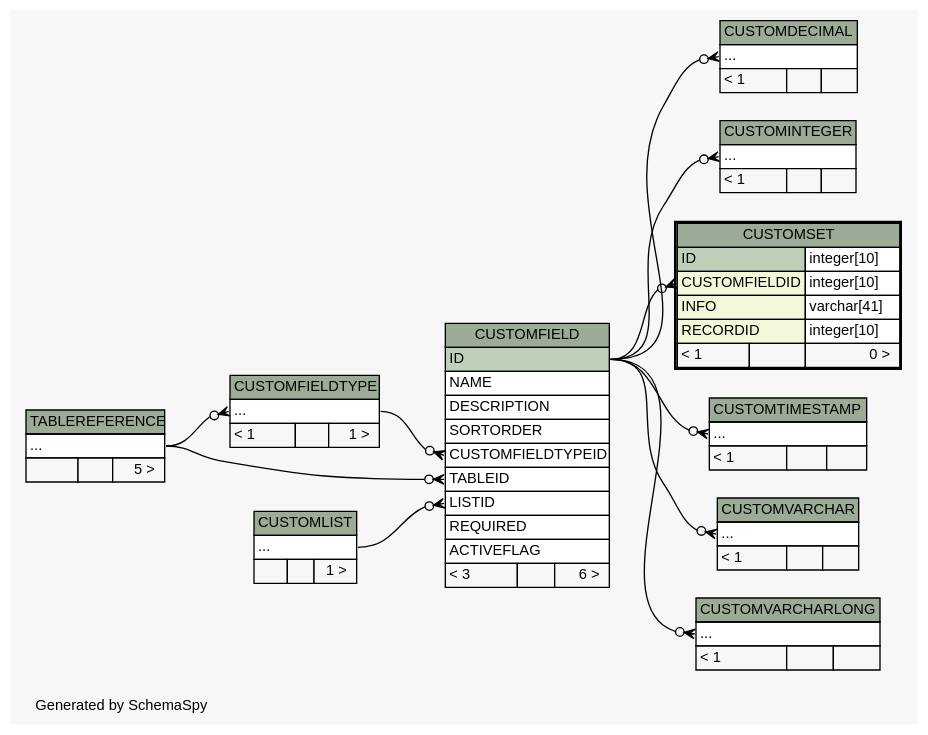
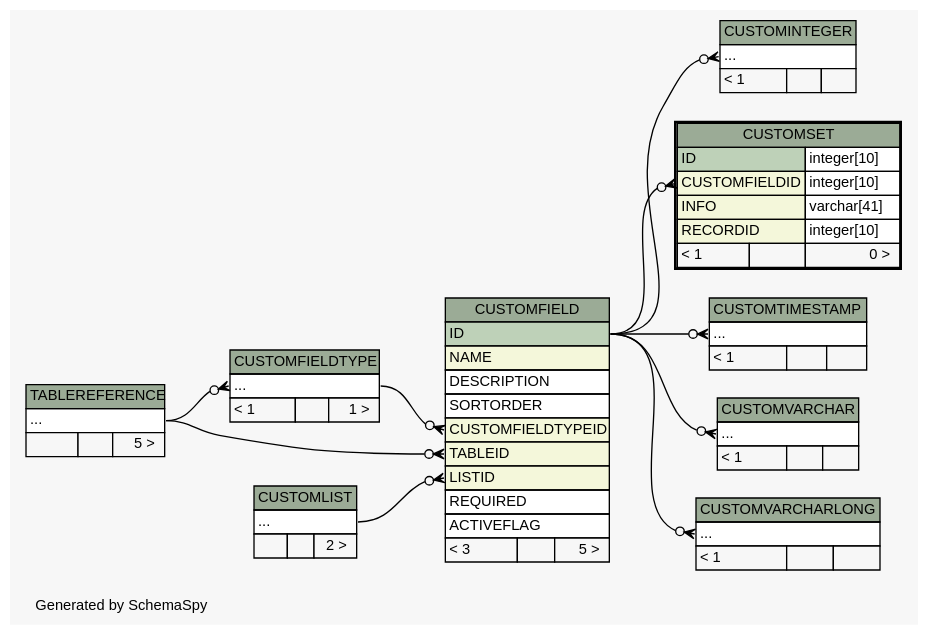
Before and after one commit to ilopez/FishbowlDataDictionary: the diagram in dictionary/Fishbowl2013.5/diagrams/CUSTOMSET.2degrees.dot, drawn with Graphviz. The commit also changed 958 other files, not shown here.

Commit message:
Fixed the folder structure and updated db with SQL updates, and re ran schemaspy

```diff
--- a/dictionary/Fishbowl2013.5/diagrams/CUSTOMSET.2degrees.dot
+++ b/dictionary/Fishbowl2013.5/diagrams/CUSTOMSET.2degrees.dot
@@ -1,143 +1,132 @@
 // dot 2.26.3 on Linux 3.5.0-34-generic
 // SchemaSpy rev 590
 digraph "twoDegreesRelationshipsDiagram" {
   graph [
     rankdir="RL"
     bgcolor="#f7f7f7"
     label="\nGenerated by SchemaSpy"
     labeljust="l"
     nodesep="0.18"
     ranksep="0.46"
     fontname="Helvetica"
     fontsize="11"
   ];
   node [
     fontname="Helvetica"
     fontsize="11"
     shape="plaintext"
   ];
   edge [
     arrowsize="0.8"
   ];
-  "CUSTOMDECIMAL":"elipses":w -> "CUSTOMFIELD":"ID":e [arrowhead=none dir=back arrowtail=crowodot];
   "CUSTOMFIELD":"CUSTOMFIELDTYPEID":w -> "CUSTOMFIELDTYPE":"elipses":e [arrowhead=none dir=back arrowtail=crowodot];
   "CUSTOMFIELD":"LISTID":w -> "CUSTOMLIST":"elipses":e [arrowhead=none dir=back arrowtail=crowodot];
   "CUSTOMFIELD":"TABLEID":w -> "TABLEREFERENCE":"elipses":e [arrowhead=none dir=back arrowtail=crowodot];
   "CUSTOMFIELDTYPE":"elipses":w -> "TABLEREFERENCE":"elipses":e [arrowhead=none dir=back arrowtail=crowodot];
   "CUSTOMINTEGER":"elipses":w -> "CUSTOMFIELD":"ID":e [arrowhead=none dir=back arrowtail=crowodot];
   "CUSTOMSET":"CUSTOMFIELDID":w -> "CUSTOMFIELD":"ID":e [arrowhead=none dir=back arrowtail=crowodot];
   "CUSTOMTIMESTAMP":"elipses":w -> "CUSTOMFIELD":"ID":e [arrowhead=none dir=back arrowtail=crowodot];
   "CUSTOMVARCHAR":"elipses":w -> "CUSTOMFIELD":"ID":e [arrowhead=none dir=back arrowtail=crowodot];
   "CUSTOMVARCHARLONG":"elipses":w -> "CUSTOMFIELD":"ID":e [arrowhead=none dir=back arrowtail=crowodot];
-  "CUSTOMDECIMAL" [
-    label=<
-    <TABLE BORDER="0" CELLBORDER="1" CELLSPACING="0" BGCOLOR="#ffffff">
-      <TR><TD COLSPAN="3" BGCOLOR="#9bab96" ALIGN="CENTER">CUSTOMDECIMAL</TD></TR>
-      <TR><TD PORT="elipses" COLSPAN="3" ALIGN="LEFT">...</TD></TR>
-      <TR><TD ALIGN="LEFT" BGCOLOR="#f7f7f7">&lt; 1</TD><TD ALIGN="RIGHT" BGCOLOR="#f7f7f7">  </TD><TD ALIGN="RIGHT" BGCOLOR="#f7f7f7">  </TD></TR>
-    </TABLE>>
-    URL="CUSTOMDECIMAL.html"
-    tooltip="CUSTOMDECIMAL"
-  ];
   "CUSTOMFIELD" [
     label=<
     <TABLE BORDER="0" CELLBORDER="1" CELLSPACING="0" BGCOLOR="#ffffff">
       <TR><TD COLSPAN="3" BGCOLOR="#9bab96" ALIGN="CENTER">CUSTOMFIELD</TD></TR>
       <TR><TD PORT="ID" COLSPAN="3" BGCOLOR="#bed1b8" ALIGN="LEFT">ID</TD></TR>
-      <TR><TD PORT="NAME" COLSPAN="3" ALIGN="LEFT">NAME</TD></TR>
+      <TR><TD PORT="NAME" COLSPAN="3" BGCOLOR="#f4f7da" ALIGN="LEFT">NAME</TD></TR>
       <TR><TD PORT="DESCRIPTION" COLSPAN="3" ALIGN="LEFT">DESCRIPTION</TD></TR>
       <TR><TD PORT="SORTORDER" COLSPAN="3" ALIGN="LEFT">SORTORDER</TD></TR>
-      <TR><TD PORT="CUSTOMFIELDTYPEID" COLSPAN="3" ALIGN="LEFT">CUSTOMFIELDTYPEID</TD></TR>
-      <TR><TD PORT="TABLEID" COLSPAN="3" ALIGN="LEFT">TABLEID</TD></TR>
-      <TR><TD PORT="LISTID" COLSPAN="3" ALIGN="LEFT">LISTID</TD></TR>
+      <TR><TD PORT="CUSTOMFIELDTYPEID" COLSPAN="3" BGCOLOR="#f4f7da" ALIGN="LEFT">CUSTOMFIELDTYPEID</TD></TR>
+      <TR><TD PORT="TABLEID" COLSPAN="3" BGCOLOR="#f4f7da" ALIGN="LEFT">TABLEID</TD></TR>
+      <TR><TD PORT="LISTID" COLSPAN="3" BGCOLOR="#f4f7da" ALIGN="LEFT">LISTID</TD></TR>
       <TR><TD PORT="REQUIRED" COLSPAN="3" ALIGN="LEFT">REQUIRED</TD></TR>
       <TR><TD PORT="ACTIVEFLAG" COLSPAN="3" ALIGN="LEFT">ACTIVEFLAG</TD></TR>
-      <TR><TD ALIGN="LEFT" BGCOLOR="#f7f7f7">&lt; 3</TD><TD ALIGN="RIGHT" BGCOLOR="#f7f7f7">  </TD><TD ALIGN="RIGHT" BGCOLOR="#f7f7f7">6 &gt;</TD></TR>
+      <TR><TD ALIGN="LEFT" BGCOLOR="#f7f7f7">&lt; 3</TD><TD ALIGN="RIGHT" BGCOLOR="#f7f7f7">  </TD><TD ALIGN="RIGHT" BGCOLOR="#f7f7f7">5 &gt;</TD></TR>
     </TABLE>>
     URL="CUSTOMFIELD.html"
     tooltip="CUSTOMFIELD"
   ];
   "CUSTOMFIELDTYPE" [
     label=<
     <TABLE BORDER="0" CELLBORDER="1" CELLSPACING="0" BGCOLOR="#ffffff">
       <TR><TD COLSPAN="3" BGCOLOR="#9bab96" ALIGN="CENTER">CUSTOMFIELDTYPE</TD></TR>
       <TR><TD PORT="elipses" COLSPAN="3" ALIGN="LEFT">...</TD></TR>
       <TR><TD ALIGN="LEFT" BGCOLOR="#f7f7f7">&lt; 1</TD><TD ALIGN="RIGHT" BGCOLOR="#f7f7f7">  </TD><TD ALIGN="RIGHT" BGCOLOR="#f7f7f7">1 &gt;</TD></TR>
     </TABLE>>
     URL="CUSTOMFIELDTYPE.html"
     tooltip="CUSTOMFIELDTYPE"
   ];
   "CUSTOMINTEGER" [
     label=<
     <TABLE BORDER="0" CELLBORDER="1" CELLSPACING="0" BGCOLOR="#ffffff">
       <TR><TD COLSPAN="3" BGCOLOR="#9bab96" ALIGN="CENTER">CUSTOMINTEGER</TD></TR>
       <TR><TD PORT="elipses" COLSPAN="3" ALIGN="LEFT">...</TD></TR>
       <TR><TD ALIGN="LEFT" BGCOLOR="#f7f7f7">&lt; 1</TD><TD ALIGN="RIGHT" BGCOLOR="#f7f7f7">  </TD><TD ALIGN="RIGHT" BGCOLOR="#f7f7f7">  </TD></TR>
     </TABLE>>
     URL="CUSTOMINTEGER.html"
     tooltip="CUSTOMINTEGER"
   ];
   "CUSTOMLIST" [
     label=<
     <TABLE BORDER="0" CELLBORDER="1" CELLSPACING="0" BGCOLOR="#ffffff">
       <TR><TD COLSPAN="3" BGCOLOR="#9bab96" ALIGN="CENTER">CUSTOMLIST</TD></TR>
       <TR><TD PORT="elipses" COLSPAN="3" ALIGN="LEFT">...</TD></TR>
-      <TR><TD ALIGN="LEFT" BGCOLOR="#f7f7f7">  </TD><TD ALIGN="RIGHT" BGCOLOR="#f7f7f7">  </TD><TD ALIGN="RIGHT" BGCOLOR="#f7f7f7">1 &gt;</TD></TR>
+      <TR><TD ALIGN="LEFT" BGCOLOR="#f7f7f7">  </TD><TD ALIGN="RIGHT" BGCOLOR="#f7f7f7">  </TD><TD ALIGN="RIGHT" BGCOLOR="#f7f7f7">2 &gt;</TD></TR>
     </TABLE>>
     URL="CUSTOMLIST.html"
     tooltip="CUSTOMLIST"
   ];
   "CUSTOMSET" [
     label=<
     <TABLE BORDER="2" CELLBORDER="1" CELLSPACING="0" BGCOLOR="#ffffff">
       <TR><TD COLSPAN="3" BGCOLOR="#9bab96" ALIGN="CENTER">CUSTOMSET</TD></TR>
       <TR><TD PORT="ID" COLSPAN="2" BGCOLOR="#bed1b8" ALIGN="LEFT">ID</TD><TD PORT="ID.type" ALIGN="LEFT">integer[10]</TD></TR>
       <TR><TD PORT="CUSTOMFIELDID" COLSPAN="2" BGCOLOR="#f4f7da" ALIGN="LEFT">CUSTOMFIELDID</TD><TD PORT="CUSTOMFIELDID.type" ALIGN="LEFT">integer[10]</TD></TR>
       <TR><TD PORT="INFO" COLSPAN="2" BGCOLOR="#f4f7da" ALIGN="LEFT">INFO</TD><TD PORT="INFO.type" ALIGN="LEFT">varchar[41]</TD></TR>
       <TR><TD PORT="RECORDID" COLSPAN="2" BGCOLOR="#f4f7da" ALIGN="LEFT">RECORDID</TD><TD PORT="RECORDID.type" ALIGN="LEFT">integer[10]</TD></TR>
       <TR><TD ALIGN="LEFT" BGCOLOR="#f7f7f7">&lt; 1</TD><TD ALIGN="RIGHT" BGCOLOR="#f7f7f7">  </TD><TD ALIGN="RIGHT" BGCOLOR="#f7f7f7">0 &gt;</TD></TR>
     </TABLE>>
     URL="CUSTOMSET.html"
     tooltip="CUSTOMSET"
   ];
   "CUSTOMTIMESTAMP" [
     label=<
     <TABLE BORDER="0" CELLBORDER="1" CELLSPACING="0" BGCOLOR="#ffffff">
       <TR><TD COLSPAN="3" BGCOLOR="#9bab96" ALIGN="CENTER">CUSTOMTIMESTAMP</TD></TR>
       <TR><TD PORT="elipses" COLSPAN="3" ALIGN="LEFT">...</TD></TR>
       <TR><TD ALIGN="LEFT" BGCOLOR="#f7f7f7">&lt; 1</TD><TD ALIGN="RIGHT" BGCOLOR="#f7f7f7">  </TD><TD ALIGN="RIGHT" BGCOLOR="#f7f7f7">  </TD></TR>
     </TABLE>>
     URL="CUSTOMTIMESTAMP.html"
     tooltip="CUSTOMTIMESTAMP"
   ];
   "CUSTOMVARCHAR" [
     label=<
     <TABLE BORDER="0" CELLBORDER="1" CELLSPACING="0" BGCOLOR="#ffffff">
       <TR><TD COLSPAN="3" BGCOLOR="#9bab96" ALIGN="CENTER">CUSTOMVARCHAR</TD></TR>
       <TR><TD PORT="elipses" COLSPAN="3" ALIGN="LEFT">...</TD></TR>
       <TR><TD ALIGN="LEFT" BGCOLOR="#f7f7f7">&lt; 1</TD><TD ALIGN="RIGHT" BGCOLOR="#f7f7f7">  </TD><TD ALIGN="RIGHT" BGCOLOR="#f7f7f7">  </TD></TR>
     </TABLE>>
     URL="CUSTOMVARCHAR.html"
     tooltip="CUSTOMVARCHAR"
   ];
   "CUSTOMVARCHARLONG" [
     label=<
     <TABLE BORDER="0" CELLBORDER="1" CELLSPACING="0" BGCOLOR="#ffffff">
       <TR><TD COLSPAN="3" BGCOLOR="#9bab96" ALIGN="CENTER">CUSTOMVARCHARLONG</TD></TR>
       <TR><TD PORT="elipses" COLSPAN="3" ALIGN="LEFT">...</TD></TR>
       <TR><TD ALIGN="LEFT" BGCOLOR="#f7f7f7">&lt; 1</TD><TD ALIGN="RIGHT" BGCOLOR="#f7f7f7">  </TD><TD ALIGN="RIGHT" BGCOLOR="#f7f7f7">  </TD></TR>
     </TABLE>>
     URL="CUSTOMVARCHARLONG.html"
     tooltip="CUSTOMVARCHARLONG"
   ];
   "TABLEREFERENCE" [
     label=<
     <TABLE BORDER="0" CELLBORDER="1" CELLSPACING="0" BGCOLOR="#ffffff">
       <TR><TD COLSPAN="3" BGCOLOR="#9bab96" ALIGN="CENTER">TABLEREFERENCE</TD></TR>
       <TR><TD PORT="elipses" COLSPAN="3" ALIGN="LEFT">...</TD></TR>
       <TR><TD ALIGN="LEFT" BGCOLOR="#f7f7f7">  </TD><TD ALIGN="RIGHT" BGCOLOR="#f7f7f7">  </TD><TD ALIGN="RIGHT" BGCOLOR="#f7f7f7">5 &gt;</TD></TR>
     </TABLE>>
     URL="TABLEREFERENCE.html"
     tooltip="TABLEREFERENCE"
   ];
 }
```
